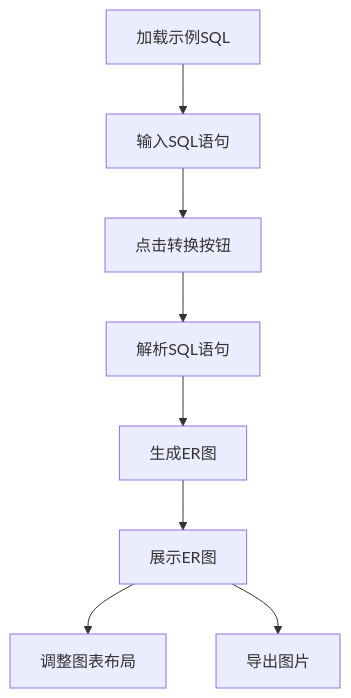
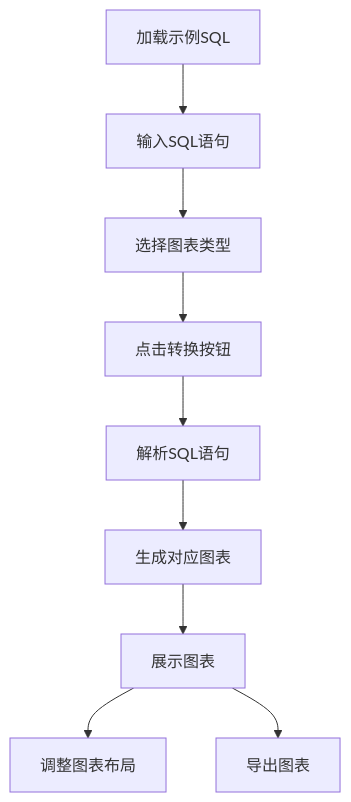
One commit to 2375351829/html-huahua changed the diagram in .trae/documents/PRD.md. Above: the diagram before and after it, drawn with Mermaid. The commit also changed other lines of this file and 16994 other files, not shown here.

Commit message:
feat: SQL转ER图在线网页

````diff
--- a/.trae/documents/PRD.md
+++ b/.trae/documents/PRD.md
@@ -27,10 +28,11 @@
 ```mermaid
 flowchart TD
-  A[输入SQL语句] --> B[点击转换按钮]
-  B --> C[解析SQL语句]
-  C --> D[生成ER图]
-  D --> E[展示ER图]
-  E --> F[调整图表布局]
-  E --> G[导出图片]
-  H[加载示例SQL] --> A
+  A[输入SQL语句] --> B[选择图表类型]
+  B --> C[点击转换按钮]
+  C --> D[解析SQL语句]
+  D --> E[生成对应图表]
+  E --> F[展示图表]
+  F --> G[调整图表布局]
+  F --> H[导出图表]
+  I[加载示例SQL] --> A
 ```
````
